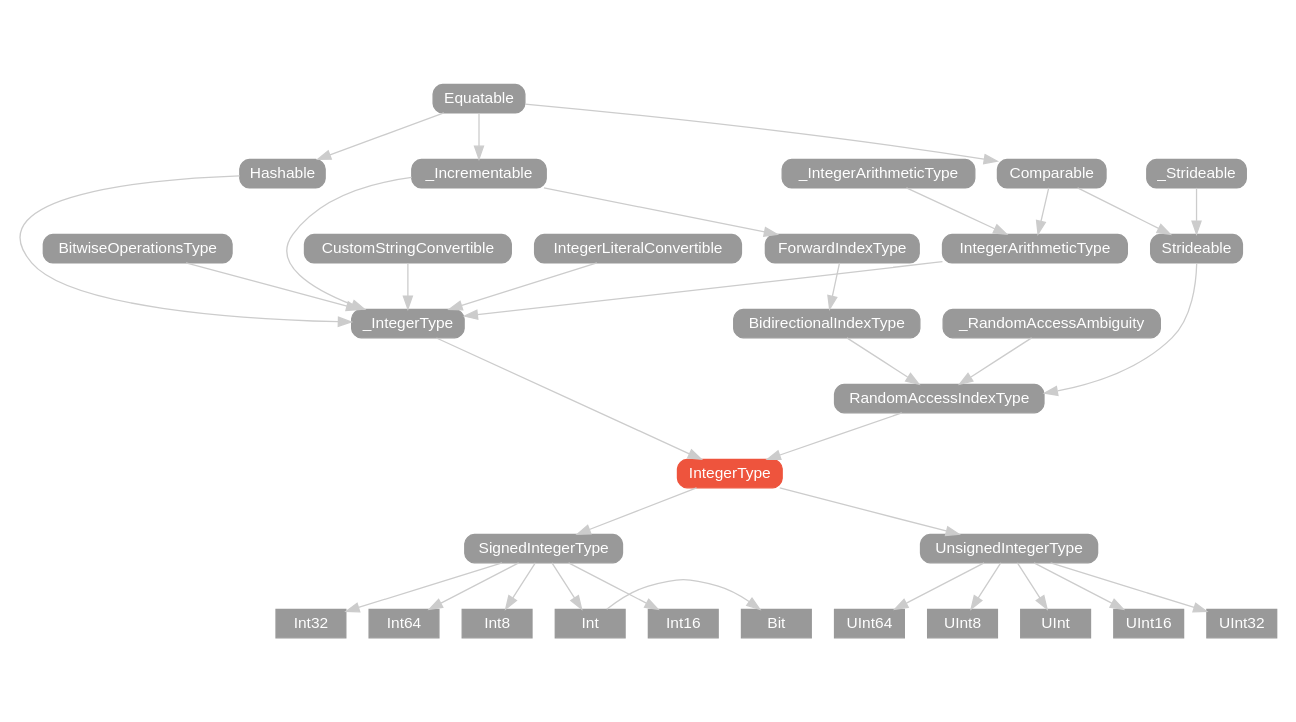
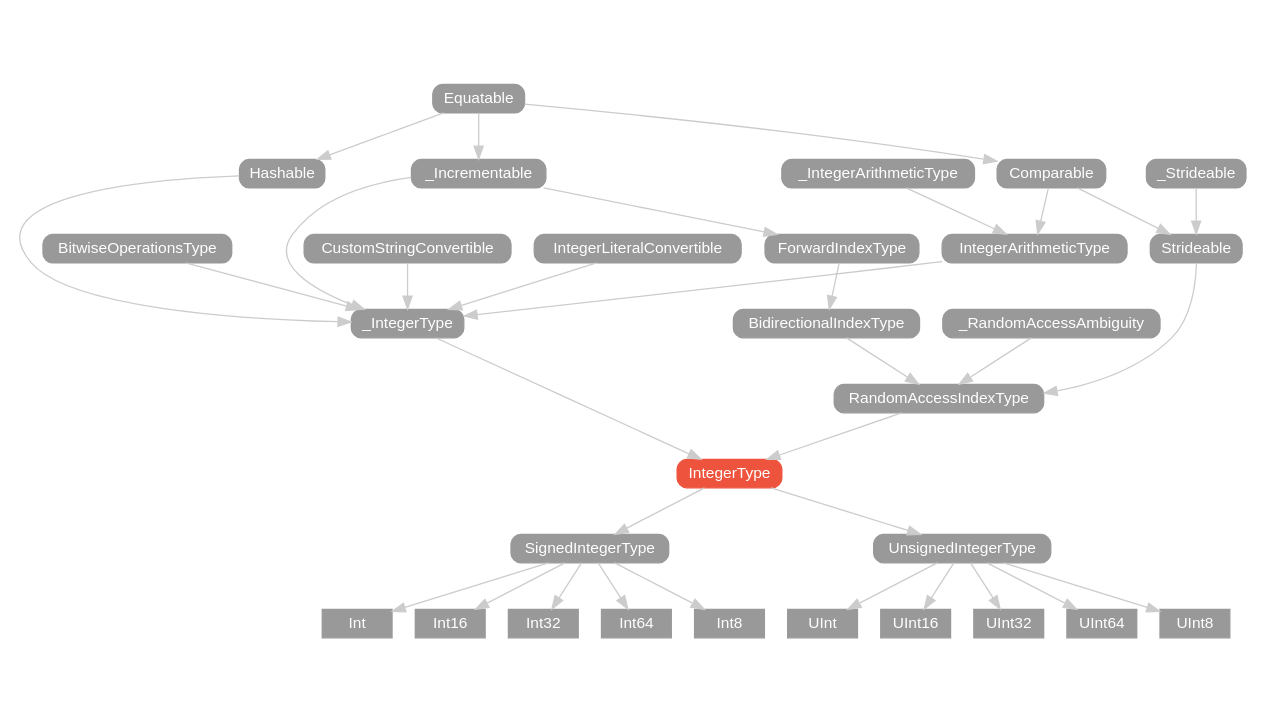
One commit to SwiftDoc/SwiftDoc.github.io changed the diagram in v2.1/protocol/IntegerType/hierarchy/index.dot. Above: the diagram before and after it, drawn with Graphviz. The commit also changed 50 other files, not shown here.

```diff
--- a/v2.1/protocol/IntegerType/hierarchy/index.dot
+++ b/v2.1/protocol/IntegerType/hierarchy/index.dot
@@ -1,72 +1,70 @@
 strict digraph "IntegerType - Type Hierarchy - SwiftDoc.org" {
     pad="0.1,0.8"
     node [shape=box, style="filled,rounded", color="#999999", fillcolor="#999999", fontcolor=white, fontname=Helvetica, fontnames="Helvetica,sansserif", fontsize=12, margin="0.07,0.05", height="0.3"]
     edge [color="#cccccc"]
     "BidirectionalIndexType" [URL="/protocol/BidirectionalIndexType/hierarchy/"]
-    "Bit" [URL="/type/Bit/hierarchy/", style=filled]
     "BitwiseOperationsType" [URL="/protocol/BitwiseOperationsType/hierarchy/"]
     "Comparable" [URL="/protocol/Comparable/hierarchy/"]
     "CustomStringConvertible" [URL="/protocol/CustomStringConvertible/hierarchy/"]
     "Equatable" [URL="/protocol/Equatable/hierarchy/"]
     "ForwardIndexType" [URL="/protocol/ForwardIndexType/hierarchy/"]
     "Hashable" [URL="/protocol/Hashable/hierarchy/"]
     "Int" [URL="/type/Int/hierarchy/", style=filled]
     "Int16" [URL="/type/Int16/hierarchy/", style=filled]
     "Int32" [URL="/type/Int32/hierarchy/", style=filled]
     "Int64" [URL="/type/Int64/hierarchy/", style=filled]
     "Int8" [URL="/type/Int8/hierarchy/", style=filled]
     "IntegerArithmeticType" [URL="/protocol/IntegerArithmeticType/hierarchy/"]
     "IntegerLiteralConvertible" [URL="/protocol/IntegerLiteralConvertible/hierarchy/"]
     "IntegerType" [URL="/protocol/IntegerType/", style="filled,rounded", fillcolor="#ee543d", color="#ee543d"]
     "RandomAccessIndexType" [URL="/protocol/RandomAccessIndexType/hierarchy/"]
     "SignedIntegerType" [URL="/protocol/SignedIntegerType/hierarchy/"]
     "Strideable" [URL="/protocol/Strideable/hierarchy/"]
     "UInt" [URL="/type/UInt/hierarchy/", style=filled]
     "UInt16" [URL="/type/UInt16/hierarchy/", style=filled]
     "UInt32" [URL="/type/UInt32/hierarchy/", style=filled]
     "UInt64" [URL="/type/UInt64/hierarchy/", style=filled]
     "UInt8" [URL="/type/UInt8/hierarchy/", style=filled]
     "UnsignedIntegerType" [URL="/protocol/UnsignedIntegerType/hierarchy/"]
     "_Incrementable" [URL="/protocol/_Incrementable/hierarchy/"]
     "_IntegerArithmeticType" [URL="/protocol/_IntegerArithmeticType/hierarchy/"]
     "_IntegerType" [URL="/protocol/_IntegerType/hierarchy/"]
     "_RandomAccessAmbiguity" [URL="/protocol/_RandomAccessAmbiguity/hierarchy/"]
     "_Strideable" [URL="/protocol/_Strideable/hierarchy/"]    "IntegerType" -> "SignedIntegerType"
     "IntegerType" -> "UnsignedIntegerType"
     "SignedIntegerType" -> "Int"
     "SignedIntegerType" -> "Int16"
     "SignedIntegerType" -> "Int32"
     "SignedIntegerType" -> "Int64"
     "SignedIntegerType" -> "Int8"
-    "Int" -> "Bit"
     "UnsignedIntegerType" -> "UInt"
     "UnsignedIntegerType" -> "UInt16"
     "UnsignedIntegerType" -> "UInt32"
     "UnsignedIntegerType" -> "UInt64"
     "UnsignedIntegerType" -> "UInt8"
     "_IntegerType" -> "IntegerType"
     "RandomAccessIndexType" -> "IntegerType"
     "IntegerLiteralConvertible" -> "_IntegerType"
     "CustomStringConvertible" -> "_IntegerType"
     "Hashable" -> "_IntegerType"
     "IntegerArithmeticType" -> "_IntegerType"
     "BitwiseOperationsType" -> "_IntegerType"
     "_Incrementable" -> "_IntegerType"
     "Equatable" -> "Hashable"
     "_IntegerArithmeticType" -> "IntegerArithmeticType"
     "Comparable" -> "IntegerArithmeticType"
     "Equatable" -> "Comparable"
     "Equatable" -> "_Incrementable"
     "BidirectionalIndexType" -> "RandomAccessIndexType"
     "Strideable" -> "RandomAccessIndexType"
     "_RandomAccessAmbiguity" -> "RandomAccessIndexType"
     "ForwardIndexType" -> "BidirectionalIndexType"
     "_Incrementable" -> "ForwardIndexType"
     "Equatable" -> "_Incrementable"
     "Comparable" -> "Strideable"
     "_Strideable" -> "Strideable"
     "Equatable" -> "Comparable"
     subgraph Types {
-        rank = max; "Int"; "Int16"; "Int32"; "Int64"; "Int8"; "Bit"; "UInt"; "UInt16"; "UInt32"; "UInt64"; "UInt8";
+        rank = max; "Int"; "Int16"; "Int32"; "Int64"; "Int8"; "UInt"; "UInt16"; "UInt32"; "UInt64"; "UInt8";
     }
 }
```
